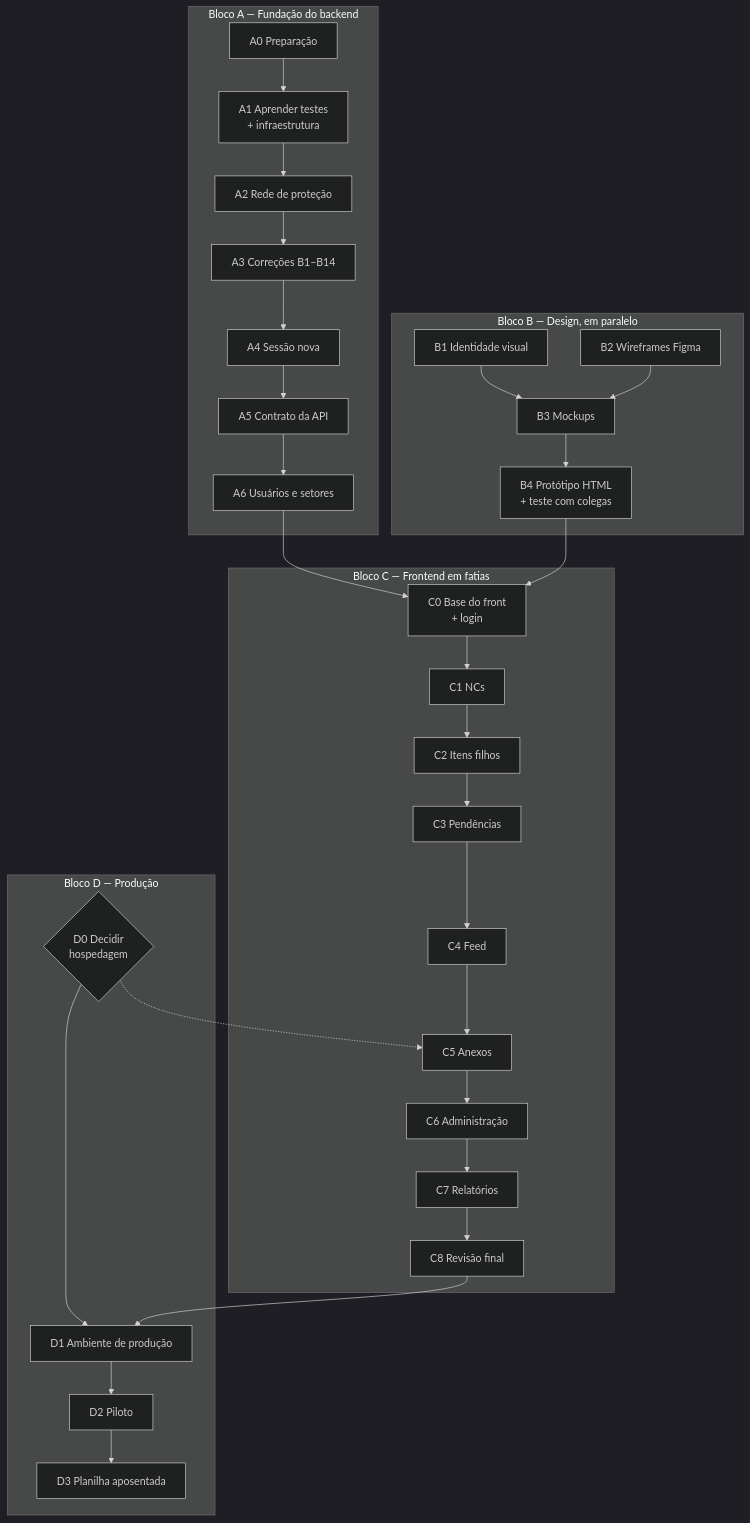
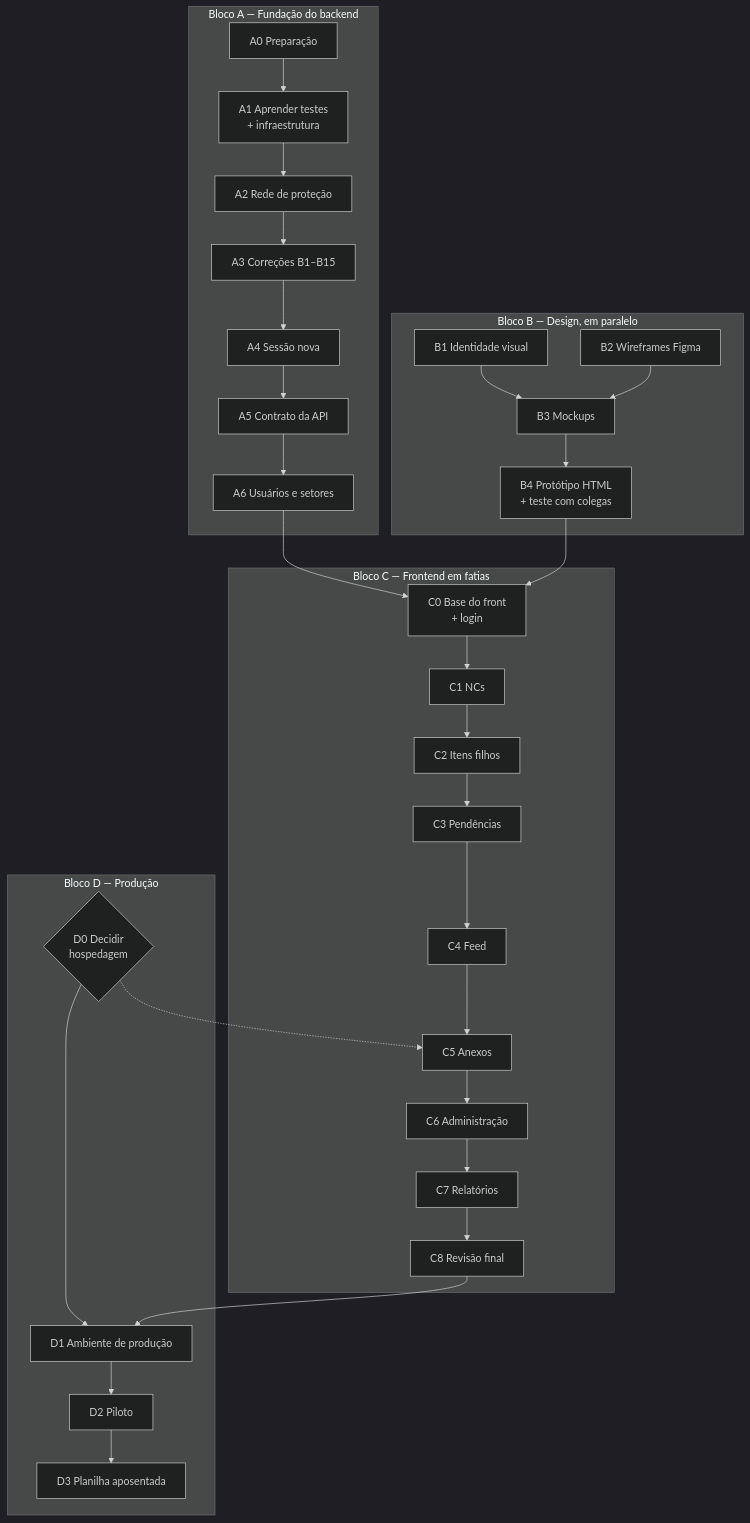
One commit to fellipemnds/qualityhub changed the diagram in docs/plano-implementacao.md. Above: the diagram before and after it, drawn with Mermaid (dark theme). The commit also changed other lines of this file and 2 other files, not shown here.

````diff
--- a/docs/plano-implementacao.md
+++ b/docs/plano-implementacao.md
@@ -45,39 +45,39 @@
 ```mermaid
 flowchart TD
     subgraph A[Bloco A — Fundação do backend]
         A0[A0 Preparação] --> A1[A1 Aprender testes<br/>+ infraestrutura]
         A1 --> A2[A2 Rede de proteção]
-        A2 --> A3[A3 Correções B1–B14]
+        A2 --> A3[A3 Correções B1–B15]
         A3 --> A4[A4 Sessão nova]
         A4 --> A5[A5 Contrato da API]
         A5 --> A6[A6 Usuários e setores]
     end
 
     subgraph B[Bloco B — Design, em paralelo]
         B1[B1 Identidade visual] --> B3
         B2[B2 Wireframes Figma] --> B3[B3 Mockups]
         B3 --> B4[B4 Protótipo HTML<br/>+ teste com colegas]
     end
 
     subgraph C[Bloco C — Frontend em fatias]
         C0[C0 Base do front<br/>+ login] --> C1[C1 NCs]
         C1 --> C2[C2 Itens filhos]
         C2 --> C3[C3 Pendências]
         C3 --> C4[C4 Feed]
         C4 --> C5[C5 Anexos]
         C5 --> C6[C6 Administração]
         C6 --> C7[C7 Relatórios]
         C7 --> C8[C8 Revisão final]
     end
 
     subgraph D[Bloco D — Produção]
         D0{D0 Decidir<br/>hospedagem} --> D1[D1 Ambiente de produção]
         D1 --> D2[D2 Piloto]
         D2 --> D3[D3 Planilha aposentada]
     end
 
     A6 --> C0
     B4 --> C0
     D0 -.-> C5
     C8 --> D1
 ```
````
